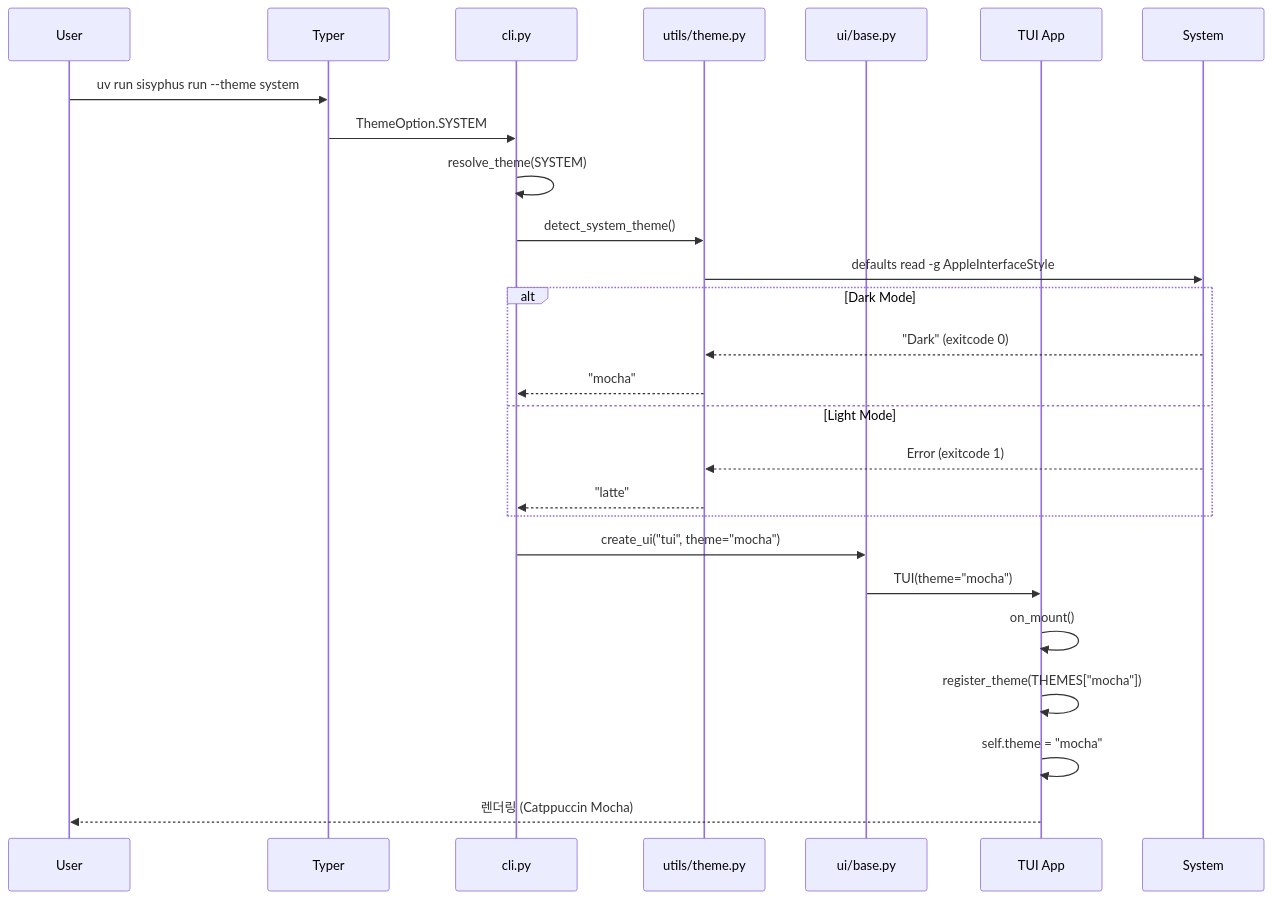
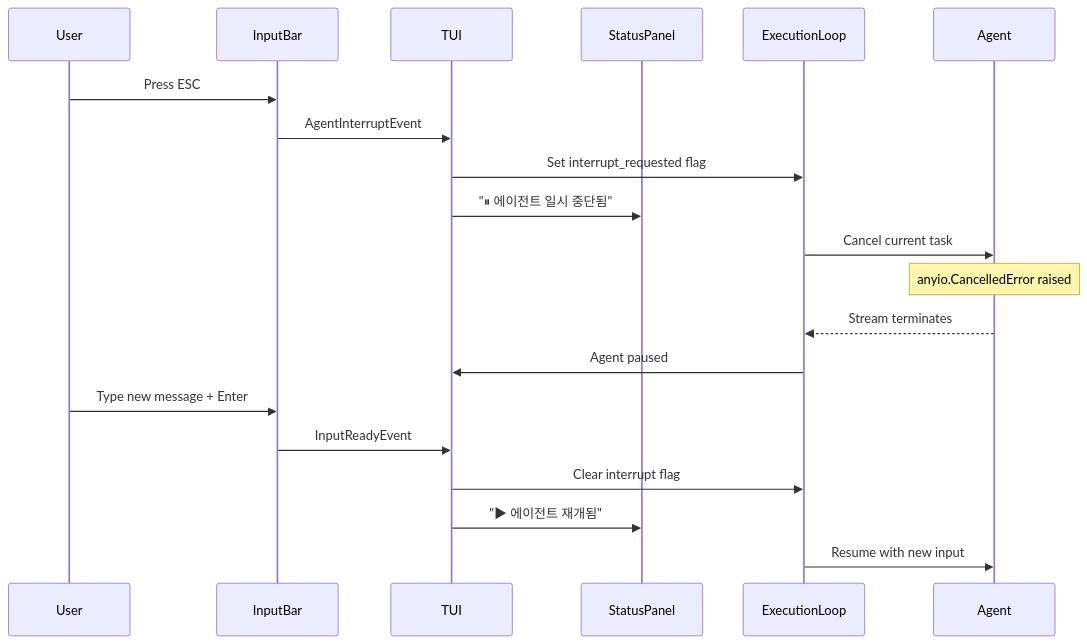
One commit to code-yeongyu/sisyphus-private changed the third of 3 diagrams in ai-todolist.md. Above: the diagram before and after it, drawn with Mermaid. The commit also changed other lines of this file, not shown here.

````diff
--- a/ai-todolist.md
+++ b/ai-todolist.md
@@ -230,31 +144,25 @@
 ```mermaid
 sequenceDiagram
     participant User
-    participant Typer
-    participant CLI as cli.py
-    participant ThemeUtil as utils/theme.py
-    participant UIFactory as ui/base.py
-    participant TUI as TUI App
+    participant InputBar
+    participant TUI
+    participant StatusPanel
+    participant ExecutionLoop
+    participant Agent
 
-    User->>Typer: uv run sisyphus run --theme system
-    Typer->>CLI: ThemeOption.SYSTEM
+    User->>InputBar: Press ESC
+    InputBar->>TUI: AgentInterruptEvent
+    TUI->>ExecutionLoop: Set interrupt_requested flag
+    TUI->>StatusPanel: "⏸ 에이전트 일시 중단됨"
+    ExecutionLoop->>Agent: Cancel current task
 
-    CLI->>CLI: resolve_theme(SYSTEM)
-    CLI->>ThemeUtil: detect_system_theme()
-    ThemeUtil->>System: defaults read -g AppleInterfaceStyle
+    Note over Agent: anyio.CancelledError raised
+    Agent-->>ExecutionLoop: Stream terminates
+    ExecutionLoop->>TUI: Agent paused
 
-    alt Dark Mode
-        System-->>ThemeUtil: "Dark" (exitcode 0)
-        ThemeUtil-->>CLI: "mocha"
-    else Light Mode
-        System-->>ThemeUtil: Error (exitcode 1)
-        ThemeUtil-->>CLI: "latte"
-    end
-
-    CLI->>UIFactory: create_ui("tui", theme="mocha")
-    UIFactory->>TUI: TUI(theme="mocha")
-    TUI->>TUI: on_mount()
-    TUI->>TUI: register_theme(THEMES["mocha"])
-    TUI->>TUI: self.theme = "mocha"
-    TUI-->>User: 렌더링 (Catppuccin Mocha)
+    User->>InputBar: Type new message + Enter
+    InputBar->>TUI: InputReadyEvent
+    TUI->>ExecutionLoop: Clear interrupt flag
+    TUI->>StatusPanel: "▶ 에이전트 재개됨"
+    ExecutionLoop->>Agent: Resume with new input
 ```
````
